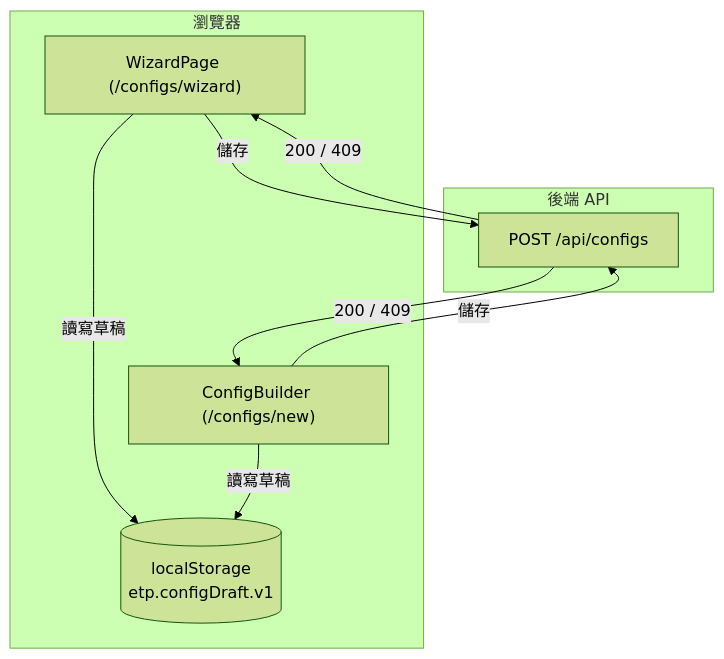
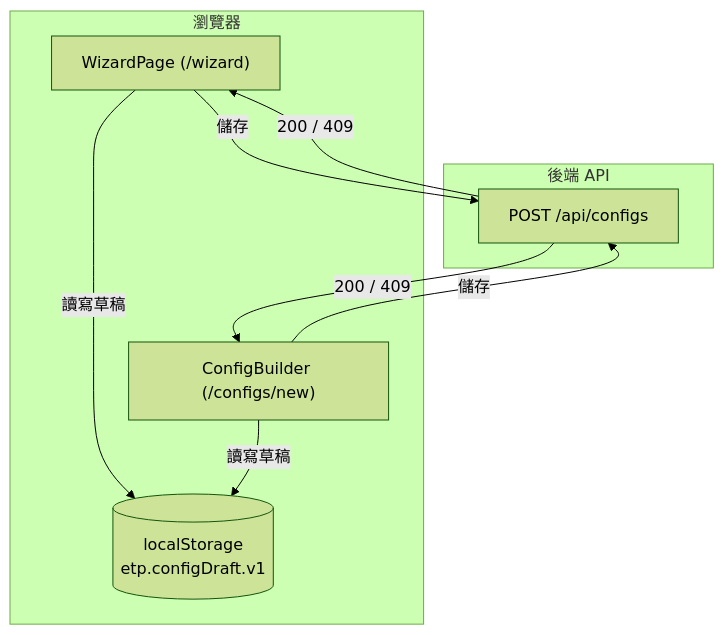
Before and after one commit to twjohnwu/excelTemplateParser: the diagram in STDD/create-project-wizard/spec.md, drawn with Mermaid (forest theme). The commit also changed other lines of this file and 35 other files, not shown here.

First line of the commit message:
feat: create-project wizard at /wizard as the default page

````diff
--- a/STDD/create-project-wizard/spec.md
+++ b/STDD/create-project-wizard/spec.md
@@ -22,17 +22,17 @@
 ```mermaid
 flowchart TD
   subgraph Browser[瀏覽器]
-    Wizard["WizardPage (/configs/wizard)"]
+    Wizard["WizardPage (/wizard)"]
     Builder["ConfigBuilder (/configs/new)"]
     Draft[("localStorage\netp.configDraft.v1")]
   end
   subgraph API[後端 API]
     Configs["POST /api/configs"]
   end
   Wizard -- 讀寫草稿 --> Draft
   Builder -- 讀寫草稿 --> Draft
   Wizard -- 儲存 --> Configs
   Builder -- 儲存 --> Configs
   Configs -- 200 / 409 --> Wizard
   Configs -- 200 / 409 --> Builder
 ```
````
